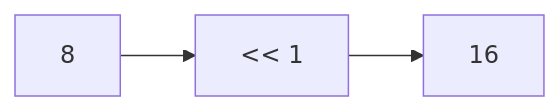
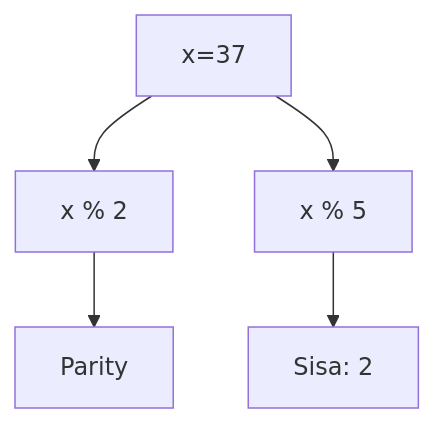
Before and after one commit to amnahwaida/OSNK_INF_PREP: diagram 13 of 25 in part-c-pemahaman-cpp/06-bitwise/latihan/set-11.md, drawn with Mermaid. The commit also changed other lines of this file and 71 other files, not shown here.

````diff
--- a/part-c-pemahaman-cpp/06-bitwise/latihan/set-11.md
+++ b/part-c-pemahaman-cpp/06-bitwise/latihan/set-11.md
@@ -399,5 +383,7 @@
 ```mermaid
-graph LR
-    A[8] --> B["<< 1"]
-    B --> C[16]
+graph TD
+A[x=37] --> B[x % 2]
+B --> C[Parity]
+A --> D[x % 5]
+D --> E[Sisa: 2]
 ```
````
